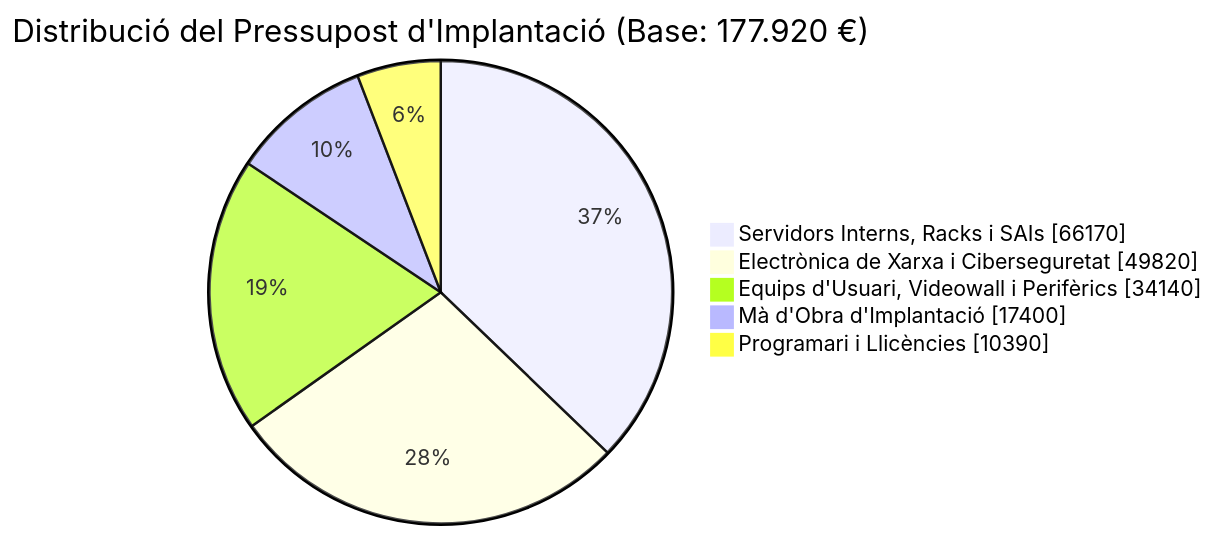
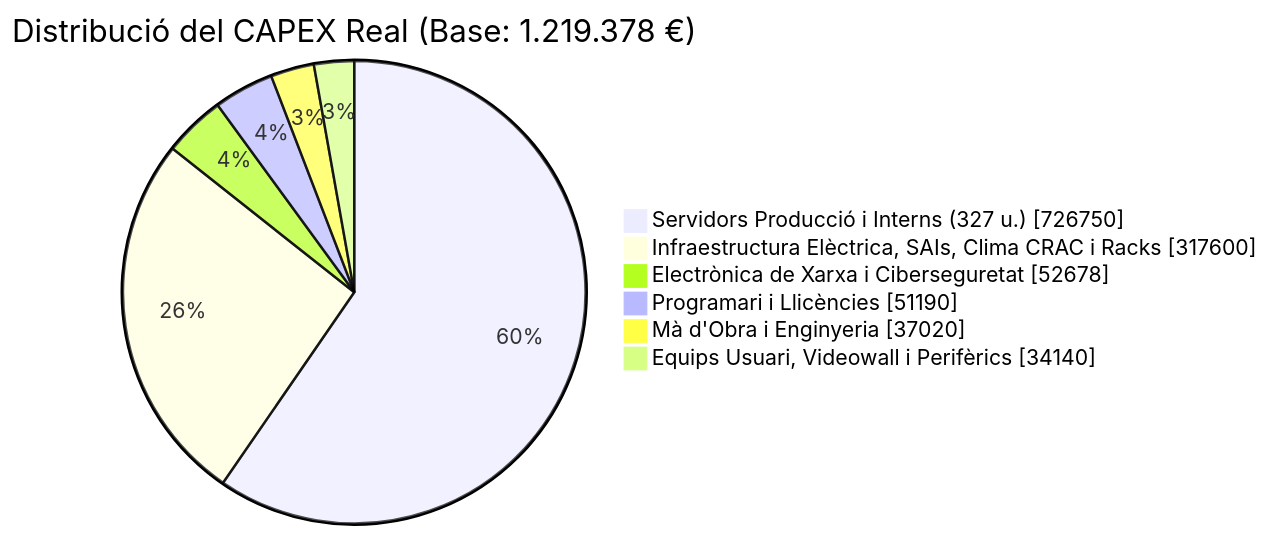
The diagram in docs/sprint-1/bloc-2/06-pressupost.md (joanmengualp-eng/projecte-intermodular-aitex), drawn with Mermaid before and after one commit. The commit also changed other lines of this file and 5 other files, not shown here.

Commit message:
Address teacher feedback: engineering sizing (power/UPS/CRAC), full CAPEX/OPEX/Payback, HA protocols, exact models & links

````diff
--- a/docs/sprint-1/bloc-2/06-pressupost.md
+++ b/docs/sprint-1/bloc-2/06-pressupost.md
@@ -100,9 +118,10 @@
 ```mermaid
 pie showData
-    title Distribució del Pressupost d'Implantació (Base: 177.920 €)
-    "Servidors Interns, Racks i SAIs" : 66170
-    "Electrònica de Xarxa i Ciberseguretat" : 49820
-    "Equips d'Usuari, Videowall i Perifèrics" : 34140
-    "Mà d'Obra d'Implantació" : 17400
-    "Programari i Llicències" : 10390
+    title Distribució del CAPEX Real (Base: 1.219.378 €)
+    "Servidors Producció i Interns (327 u.)" : 726750
+    "Infraestructura Elèctrica, SAIs, Clima CRAC i Racks" : 317600
+    "Electrònica de Xarxa i Ciberseguretat" : 52678
+    "Programari i Llicències" : 51190
+    "Mà d'Obra i Enginyeria" : 37020
+    "Equips Usuari, Videowall i Perifèrics" : 34140
 ```
````
